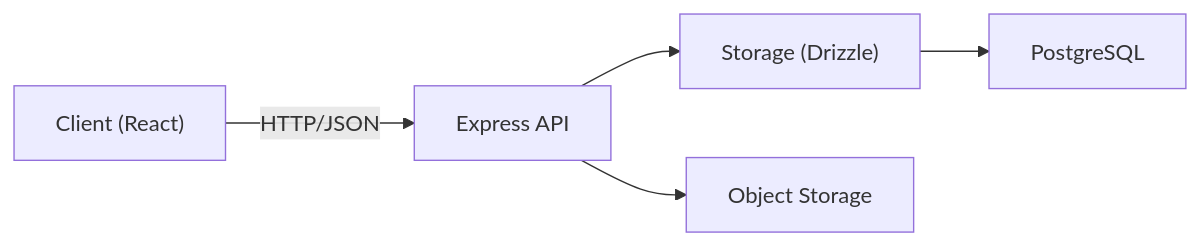
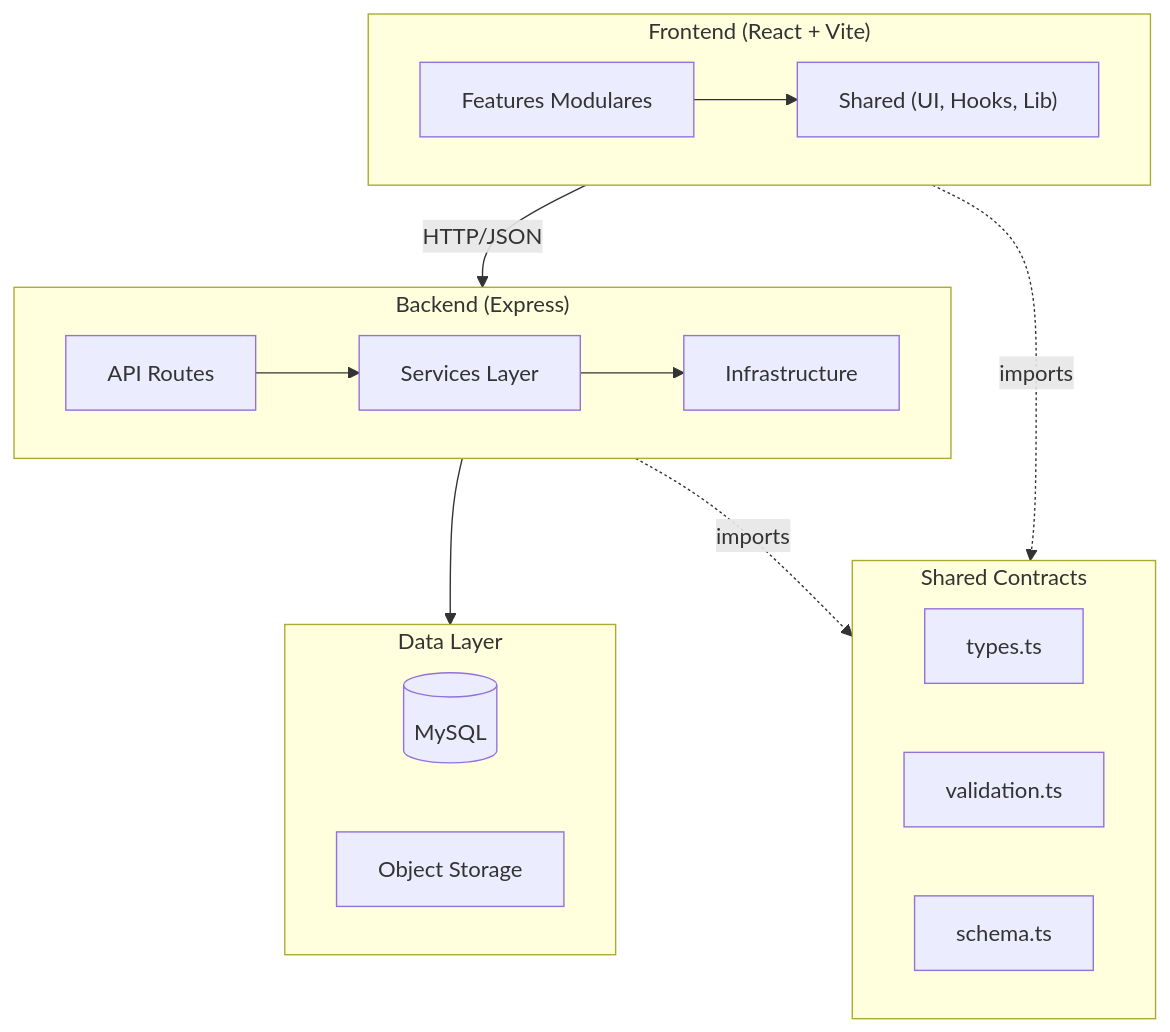
One commit to v4lente/Moto-detalhamento changed the diagram in .context/docs/architecture.md. Above: the diagram before and after it, drawn with Mermaid. The commit also changed other lines of this file and 283 other files, not shown here.

````diff
--- a/.context/docs/architecture.md
+++ b/.context/docs/architecture.md
@@ -47,7 +13,32 @@
 ```mermaid
-flowchart LR
-  Browser["Client (React)"] -->|"HTTP/JSON"| Express["Express API"]
-  Express --> Storage["Storage (Drizzle)"]
-  Storage --> Postgres["PostgreSQL"]
-  Express --> ObjectStore["Object Storage"]
+flowchart TB
+    subgraph Frontend["Frontend (React + Vite)"]
+        Features["Features Modulares"]
+        Shared["Shared (UI, Hooks, Lib)"]
+        Features --> Shared
+    end
+    
+    subgraph Backend["Backend (Express)"]
+        Routes["API Routes"]
+        Services["Services Layer"]
+        Infra["Infrastructure"]
+        Routes --> Services
+        Services --> Infra
+    end
+    
+    subgraph Data["Data Layer"]
+        DB[(MySQL)]
+        Storage["Object Storage"]
+    end
+    
+    subgraph Contracts["Shared Contracts"]
+        Types["types.ts"]
+        Validation["validation.ts"]
+        Schema["schema.ts"]
+    end
+    
+    Frontend -->|"HTTP/JSON"| Backend
+    Backend --> Data
+    Frontend -.->|"imports"| Contracts
+    Backend -.->|"imports"| Contracts
 ```
````
